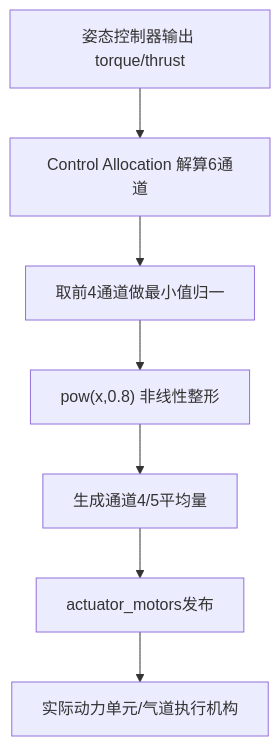
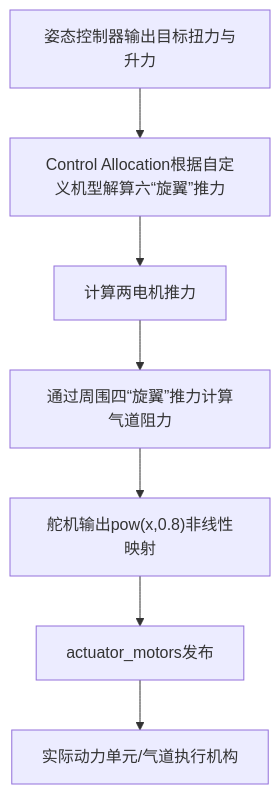
One commit to issaccheng2008/px4_v1.16 changed the third of 3 diagrams in 软件开发说明.md. Above: the diagram before and after it, drawn with Mermaid. The commit also changed other lines of this file, not shown here.

````diff
--- a/软件开发说明.md
+++ b/软件开发说明.md
@@ -155,11 +119,11 @@
 ```mermaid
 flowchart TB
-    A[姿态控制器输出 torque/thrust] --> B[Control Allocation 解算6通道]
-    B --> C[取前4通道做最小值归一]
+    A[姿态控制器输出目标扭力与升力] --> B[Control Allocation根据自定义机型解算六“旋翼”推力]
+    B --> C[计算两电机推力]
 
-    C --> D["pow(x,0.8) 非线性整形"]
-    D --> E[生成通道4/5平均量]
+    C --> D[通过周围四“旋翼”推力计算气道阻力]
+    D --> E["舵机输出pow(x,0.8)非线性映射"]
 
     E --> F[actuator_motors发布]
     F --> G[实际动力单元/气道执行机构]
 ```
````
